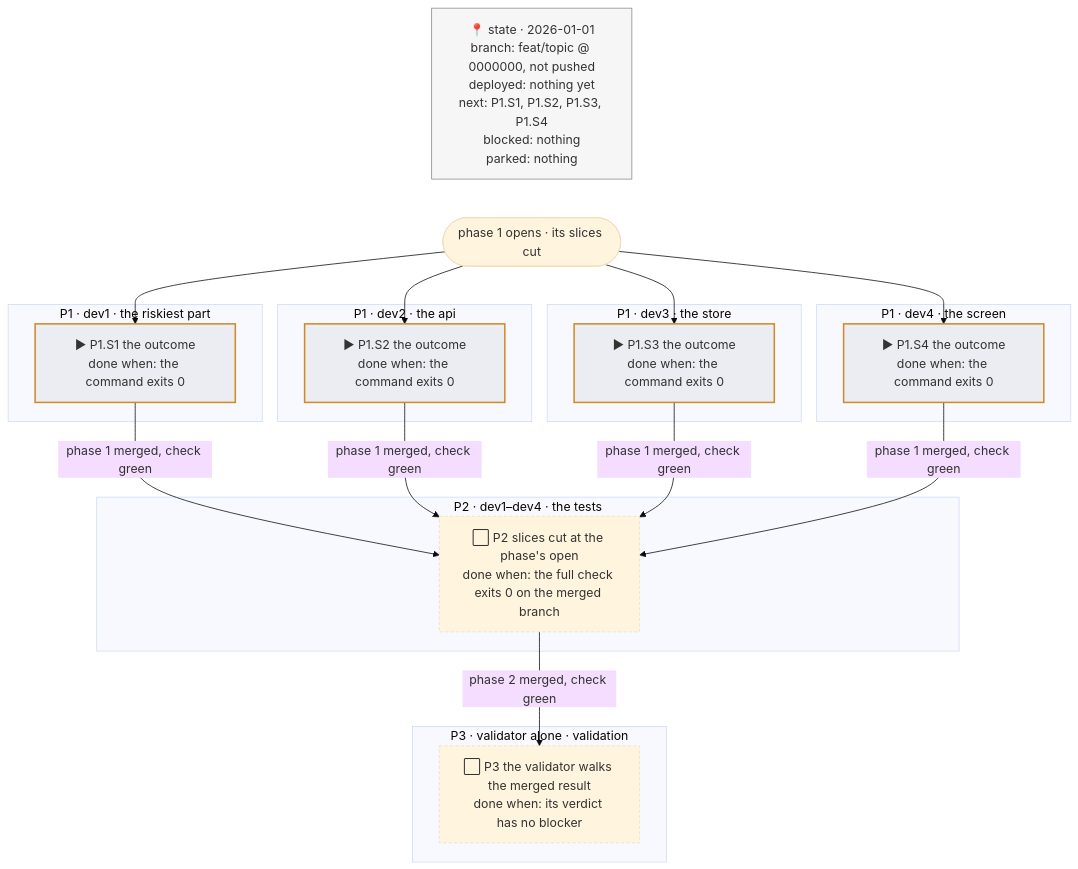
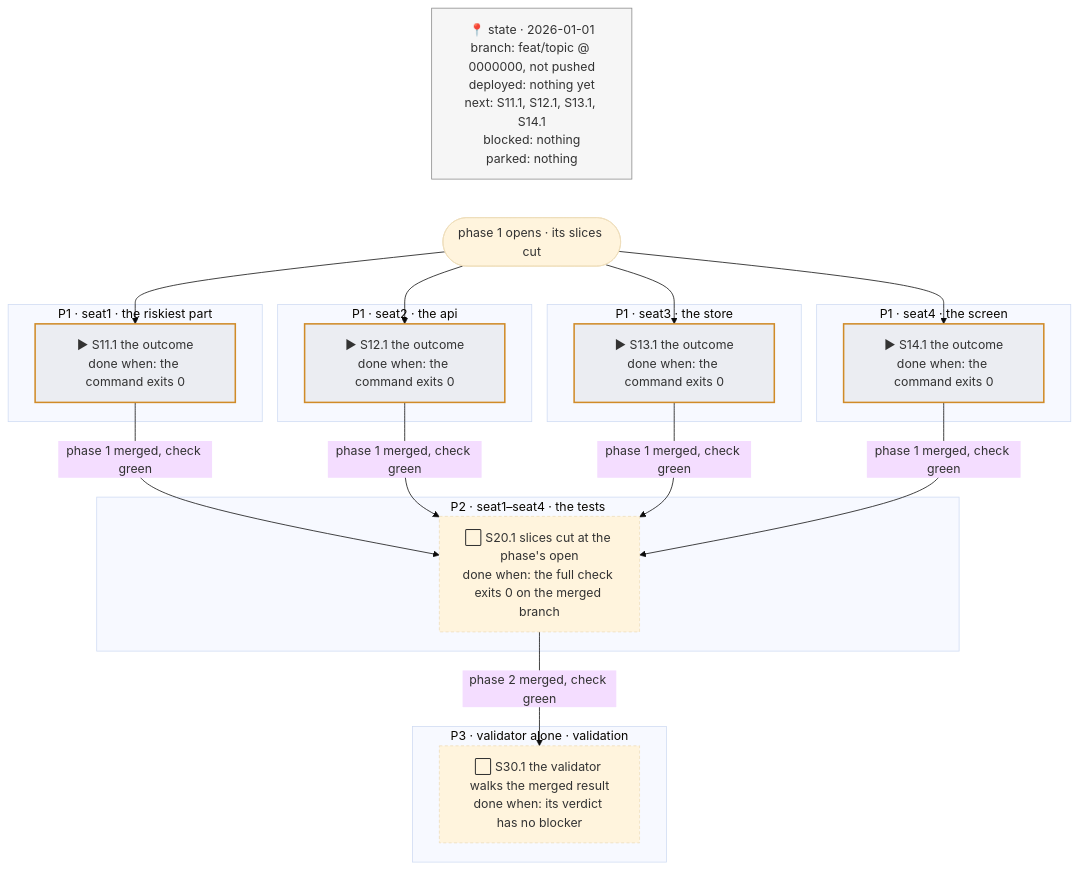
The diagram in skills/plan/write-plan/references/swarm.md (Ovich/charrette), drawn with Mermaid (base theme) before and after one commit. The commit also changed other lines of this file and 10 other files, not shown here.

````diff
--- a/skills/plan/write-plan/references/swarm.md
+++ b/skills/plan/write-plan/references/swarm.md
@@ -43,40 +46,40 @@
 ```mermaid
 flowchart TB
   %% tracker
-  ST["📍 state · 2026-01-01<br/>branch: feat/topic @ 0000000, not pushed<br/>deployed: nothing yet<br/>next: P1.S1, P1.S2, P1.S3, P1.S4<br/>blocked: nothing<br/>parked: nothing"]
+  ST["📍 state · 2026-01-01<br/>branch: feat/topic @ 0000000, not pushed<br/>deployed: nothing yet<br/>next: S11.1, S12.1, S13.1, S14.1<br/>blocked: nothing<br/>parked: nothing"]
   GO(["phase 1 opens · its slices cut"])
 
-  subgraph SL1["P1 · dev1 · the riskiest part"]
-    P1.S1["▶ P1.S1 the outcome<br/>done when: the command exits 0"]
+  subgraph SL11["P1 · seat1 · the riskiest part"]
+    S11.1["▶ S11.1 the outcome<br/>done when: the command exits 0"]
   end
-  subgraph SL2["P1 · dev2 · the api"]
-    P1.S2["▶ P1.S2 the outcome<br/>done when: the command exits 0"]
+  subgraph SL12["P1 · seat2 · the api"]
+    S12.1["▶ S12.1 the outcome<br/>done when: the command exits 0"]
   end
-  subgraph SL3["P1 · dev3 · the store"]
-    P1.S3["▶ P1.S3 the outcome<br/>done when: the command exits 0"]
+  subgraph SL13["P1 · seat3 · the store"]
+    S13.1["▶ S13.1 the outcome<br/>done when: the command exits 0"]
   end
-  subgraph SL4["P1 · dev4 · the screen"]
-    P1.S4["▶ P1.S4 the outcome<br/>done when: the command exits 0"]
+  subgraph SL14["P1 · seat4 · the screen"]
+    S14.1["▶ S14.1 the outcome<br/>done when: the command exits 0"]
   end
 
-  subgraph PH2["P2 · dev1–dev4 · the tests"]
-    P2["⬜ P2 slices cut at the phase's open<br/>done when: the full check exits 0 on the merged branch"]
+  subgraph SL20["P2 · seat1–seat4 · the tests"]
+    S20.1["⬜ S20.1 slices cut at the phase's open<br/>done when: the full check exits 0 on the merged branch"]
   end
 
-  subgraph PH3["P3 · validator alone · validation"]
-    P3["⬜ P3 the validator walks the merged result<br/>done when: its verdict has no blocker"]
+  subgraph SL30["P3 · validator alone · validation"]
+    S30.1["⬜ S30.1 the validator walks the merged result<br/>done when: its verdict has no blocker"]
   end
 
   ST ~~~ GO
-  GO --> P1.S1 & P1.S2 & P1.S3 & P1.S4
-  P1.S1 & P1.S2 & P1.S3 & P1.S4 -->|"phase 1 merged, check green"| P2
-  P2 -->|"phase 2 merged, check green"| P3
+  GO --> S11.1 & S12.1 & S13.1 & S14.1
+  S11.1 & S12.1 & S13.1 & S14.1 -->|"phase 1 merged, check green"| S20.1
+  S20.1 -->|"phase 2 merged, check green"| S30.1
 
   classDef done stroke:#4a9d5f,stroke-width:2px,fill:#7f7f7f1a
   classDef next stroke:#d08b28,stroke-width:2px,fill:#7f7f7f1a
   classDef todo stroke-dasharray:4 3
   classDef state stroke:#8a8a8a,stroke-width:1px,fill:#7f7f7f12
-  class P1.S1,P1.S2,P1.S3,P1.S4 next
-  class P2,P3 todo
+  class S11.1,S12.1,S13.1,S14.1 next
+  class S20.1,S30.1 todo
   class ST state
 ```
````
